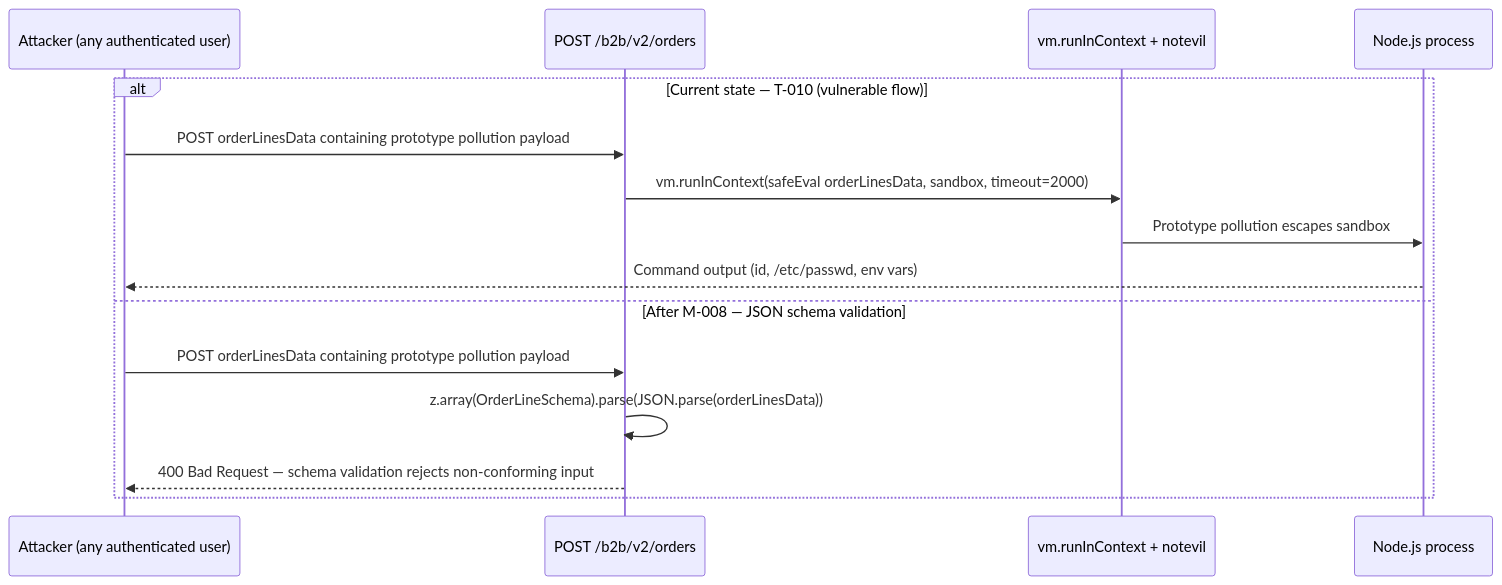
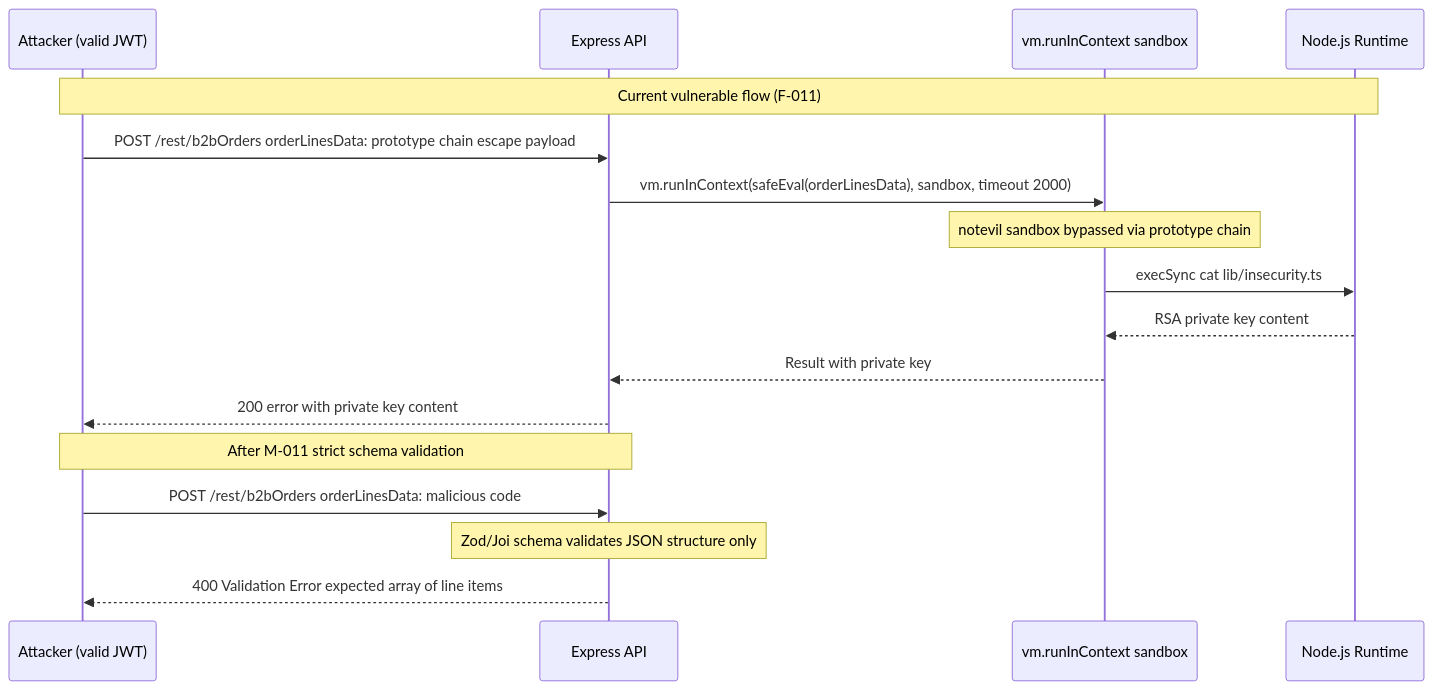
The ninth of 17 diagrams in examples/juice-shop/threat-model-juiceshop-thorough.md (appsec-foundry/appsec-advisor), drawn with Mermaid before and after one commit. The commit also changed other lines of this file and 12 other files, not shown here.

Commit message:
new schema & quality enforcement implemented

````diff
--- a/examples/juice-shop/threat-model-juiceshop-thorough.md
+++ b/examples/juice-shop/threat-model-juiceshop-thorough.md
@@ -545,18 +690,21 @@
 ```mermaid
 sequenceDiagram
-    participant ATTACKER as Attacker (any authenticated user)
-    participant B2B as POST /b2b/v2/orders
-    participant VM as vm.runInContext + notevil
-    participant OS as Node.js process
+    participant A as Attacker (valid JWT)
+    participant API as Express API
+    participant SBXVM as vm.runInContext sandbox
+    participant NODE as Node.js Runtime
 
-    alt Current state — T-010 (vulnerable flow)
-        ATTACKER->>B2B: POST orderLinesData containing prototype pollution payload
-        B2B->>VM: vm.runInContext(safeEval orderLinesData, sandbox, timeout=2000)
-        VM->>OS: Prototype pollution escapes sandbox
-        OS-->>ATTACKER: Command output (id, /etc/passwd, env vars)
-    else After M-008 — JSON schema validation
-        ATTACKER->>B2B: POST orderLinesData containing prototype pollution payload
-        B2B->>B2B: z.array(OrderLineSchema).parse(JSON.parse(orderLinesData))
-        B2B-->>ATTACKER: 400 Bad Request — schema validation rejects non-conforming input
-    end
+    Note over A,NODE: Current vulnerable flow (F-011)
+    A->>API: POST /rest/b2bOrders orderLinesData: prototype chain escape payload
+    API->>SBXVM: vm.runInContext(safeEval(orderLinesData), sandbox, timeout 2000)
+    Note over SBXVM: notevil sandbox bypassed via prototype chain
+    SBXVM->>NODE: execSync cat lib/insecurity.ts
+    NODE-->>SBXVM: RSA private key content
+    SBXVM-->>API: Result with private key
+    API-->>A: 200 error with private key content
+
+    Note over A,API: After M-011 strict schema validation
+    A->>API: POST /rest/b2bOrders orderLinesData: malicious code
+    Note over API: Zod/Joi schema validates JSON structure only
+    API-->>A: 400 Validation Error expected array of line items
 ```
````
